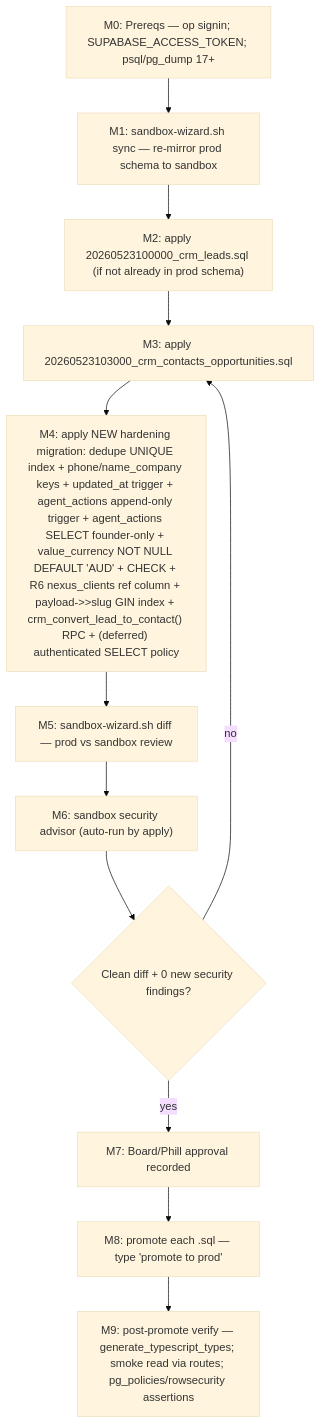
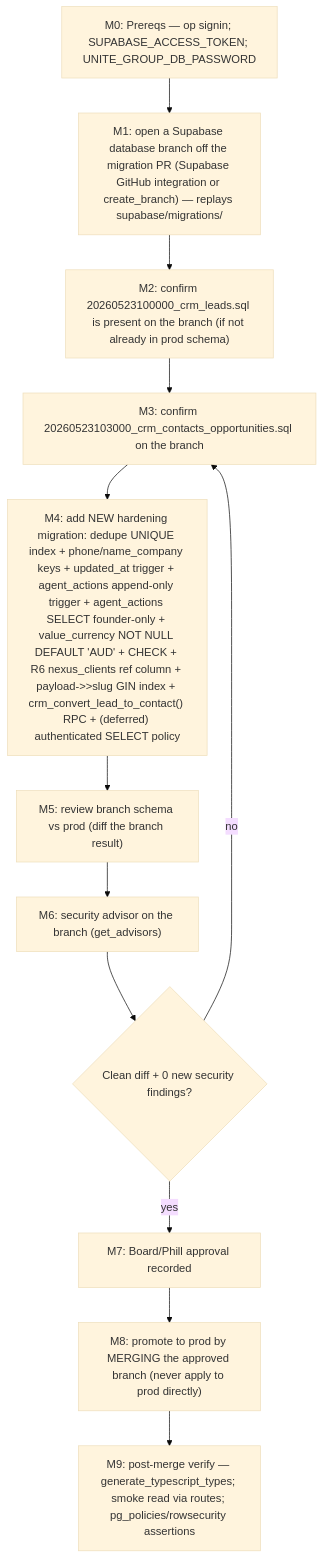
Before and after one commit to CleanExpo/Unite-Group: the second of 2 diagrams in apps/empire/docs/spec/data-model-erd.md, drawn with Mermaid (base theme). The commit also changed other lines of this file and 17 other files, not shown here.

````diff
--- a/apps/empire/docs/spec/data-model-erd.md
+++ b/apps/empire/docs/spec/data-model-erd.md
@@ -211,14 +211,14 @@
 ```mermaid
 flowchart TD
-    A["M0: Prereqs — op signin; SUPABASE_ACCESS_TOKEN; psql/pg_dump 17+"] --> B["M1: sandbox-wizard.sh sync — re-mirror prod schema to sandbox"]
-    B --> C["M2: apply 20260523100000_crm_leads.sql (if not already in prod schema)"]
-    C --> D["M3: apply 20260523103000_crm_contacts_opportunities.sql"]
-    D --> E["M4: apply NEW hardening migration: dedupe UNIQUE index + phone/name_company keys + updated_at trigger + agent_actions append-only trigger + agent_actions SELECT founder-only + value_currency NOT NULL DEFAULT 'AUD' + CHECK + R6 nexus_clients ref column + payload->>slug GIN index + crm_convert_lead_to_contact() RPC + (deferred) authenticated SELECT policy"]
-    E --> F["M5: sandbox-wizard.sh diff — prod vs sandbox review"]
-    F --> G["M6: sandbox security advisor (auto-run by apply)"]
+    A["M0: Prereqs — op signin; SUPABASE_ACCESS_TOKEN; UNITE_GROUP_DB_PASSWORD"] --> B["M1: open a Supabase database branch off the migration PR (Supabase GitHub integration or create_branch) — replays supabase/migrations/"]
+    B --> C["M2: confirm 20260523100000_crm_leads.sql is present on the branch (if not already in prod schema)"]
+    C --> D["M3: confirm 20260523103000_crm_contacts_opportunities.sql on the branch"]
+    D --> E["M4: add NEW hardening migration: dedupe UNIQUE index + phone/name_company keys + updated_at trigger + agent_actions append-only trigger + agent_actions SELECT founder-only + value_currency NOT NULL DEFAULT 'AUD' + CHECK + R6 nexus_clients ref column + payload->>slug GIN index + crm_convert_lead_to_contact() RPC + (deferred) authenticated SELECT policy"]
+    E --> F["M5: review branch schema vs prod (diff the branch result)"]
+    F --> G["M6: security advisor on the branch (get_advisors)"]
     G --> H{"Clean diff + 0 new security findings?"}
     H -->|no| D
     H -->|yes| I["M7: Board/Phill approval recorded"]
-    I --> J["M8: promote each .sql — type 'promote to prod'"]
-    J --> K["M9: post-promote verify — generate_typescript_types; smoke read via routes; pg_policies/rowsecurity assertions"]
+    I --> J["M8: promote to prod by MERGING the approved branch (never apply to prod directly)"]
+    J --> K["M9: post-merge verify — generate_typescript_types; smoke read via routes; pg_policies/rowsecurity assertions"]
 ```
````
